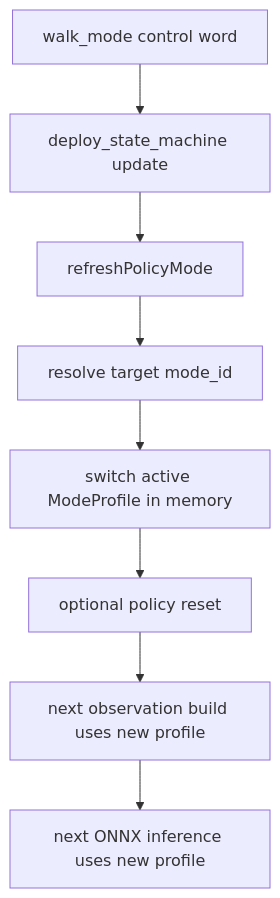
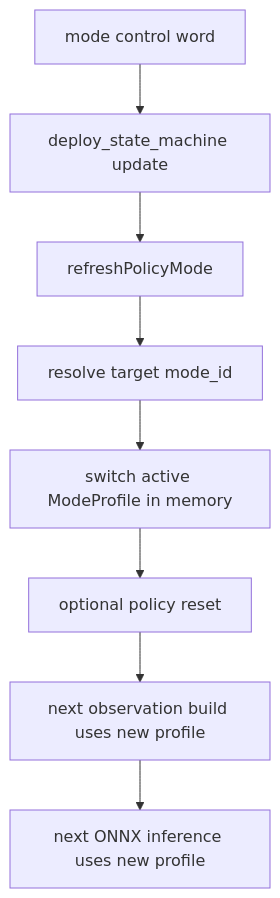
One commit to Edify0991/omnimorph_runtime changed the second of 2 diagrams in src/humanoid_rl_controller/rl_master/docs/runtime_end_to_end_function_flow.md. Above: the diagram before and after it, drawn with Mermaid. The commit also changed other lines of this file and 26 other files, not shown here.

Commit message:
全量移除 walk_mode 术语，统一重命名为 mode_control / control_word

````diff
--- a/src/humanoid_rl_controller/rl_master/docs/runtime_end_to_end_function_flow.md
+++ b/src/humanoid_rl_controller/rl_master/docs/runtime_end_to_end_function_flow.md
@@ -184,10 +184,10 @@
 ```mermaid
 flowchart TD
-    A[walk_mode control word] --> B[deploy_state_machine update]
+    A[mode control word] --> B[deploy_state_machine update]
     B --> C[refreshPolicyMode]
     C --> D[resolve target mode_id]
     D --> E[switch active ModeProfile in memory]
     E --> F[optional policy reset]
     F --> G[next observation build uses new profile]
     G --> H[next ONNX inference uses new profile]
 ```
````
